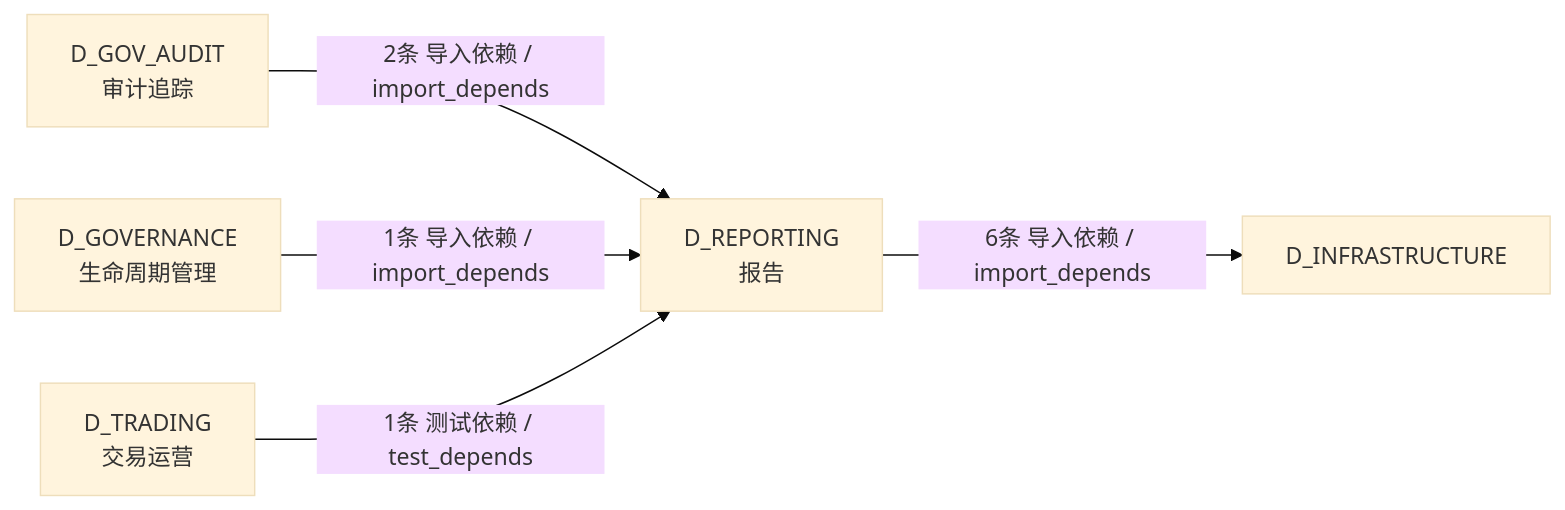
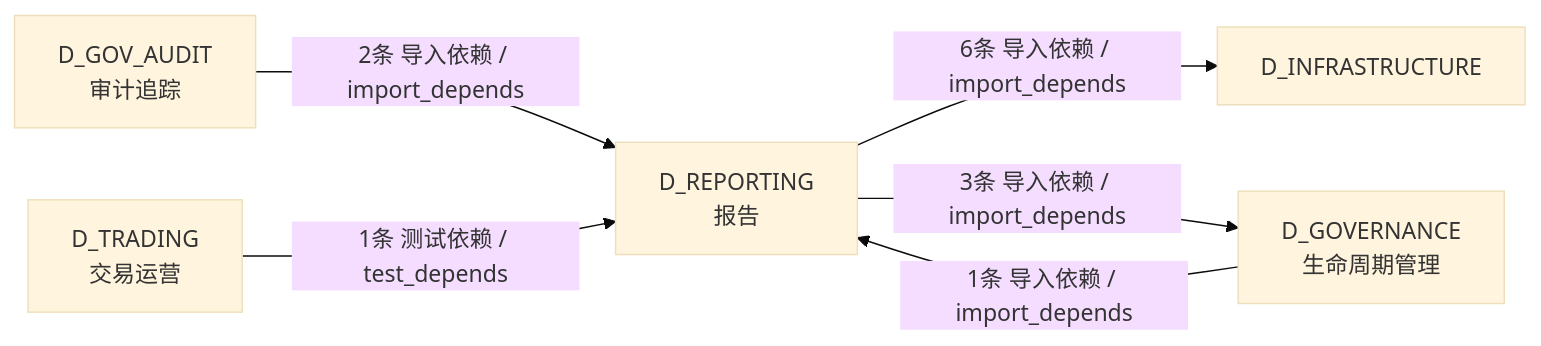
One commit to xuanFelixVan/ZephyrAlpha changed the fourth of 4 diagrams in docs/02_enterprise_architecture/02_domain_architecture_docs/23_d_reporting.md. Above: the diagram before and after it, drawn with Mermaid (base theme). The commit also changed other lines of this file and 126 other files, not shown here.

````diff
--- a/docs/02_enterprise_architecture/02_domain_architecture_docs/23_d_reporting.md
+++ b/docs/02_enterprise_architecture/02_domain_architecture_docs/23_d_reporting.md
@@ -204,12 +214,13 @@
 ```mermaid
 graph LR
     D_REPORTING["D_REPORTING<br/>报告"]
     D_INFRASTRUCTURE["D_INFRASTRUCTURE"]
+    D_GOVERNANCE["D_GOVERNANCE<br/>生命周期管理"]
     D_GOV_AUDIT["D_GOV_AUDIT<br/>审计追踪"]
-    D_GOVERNANCE["D_GOVERNANCE<br/>生命周期管理"]
     D_TRADING["D_TRADING<br/>交易运营"]
     D_REPORTING -->|6条 导入依赖 / import_depends| D_INFRASTRUCTURE
+    D_REPORTING -->|3条 导入依赖 / import_depends| D_GOVERNANCE
     D_GOV_AUDIT -->|2条 导入依赖 / import_depends| D_REPORTING
     D_GOVERNANCE -->|1条 导入依赖 / import_depends| D_REPORTING
     D_TRADING -->|1条 测试依赖 / test_depends| D_REPORTING
 ```
````
